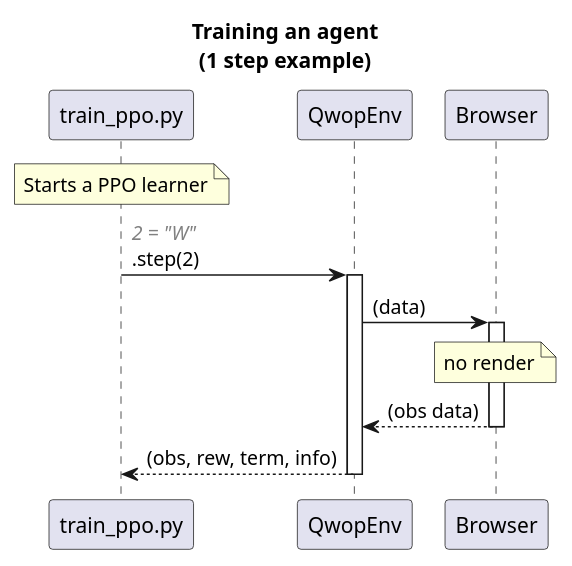
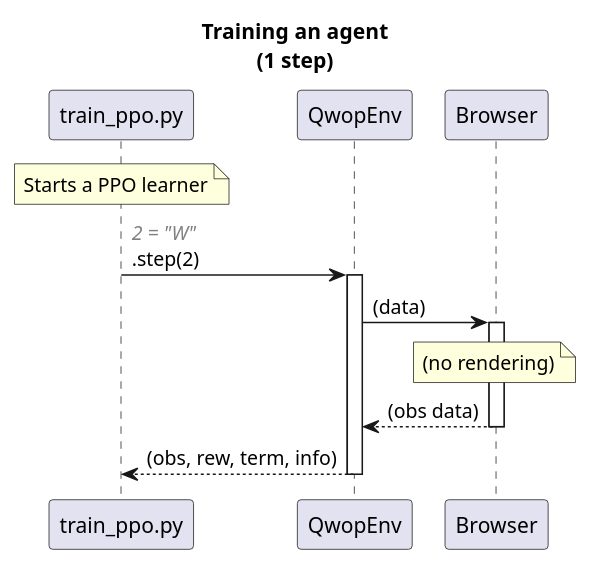
One commit to smanolloff/qwop-gym changed the diagram in doc/train.puml. Above: the diagram before and after it, drawn with PlantUML. The commit also changed 2 other files, not shown here.

```diff
--- a/doc/train.puml
+++ b/doc/train.puml
@@ -1,20 +1,20 @@
 @startuml "play"
 
-title Training an agent\n(1 step example)
+title Training an agent\n(1 step)
 
 autoactivate on
 
 participant train_ppo.py as script
 participant QwopEnv as env
 participant Browser as browser
 
 note over script: Starts a PPO learner
 
 script -> env: <font color="gray"><i>2 = "W"</i></font>\n.step(2)
 env -> browser: (data)
-note over browser: no render
+note over browser: (no rendering)
 browser --> env: (obs data)
 env --> script: (obs, rew, term, info)
 deactivate script
 
 @enduml
```
